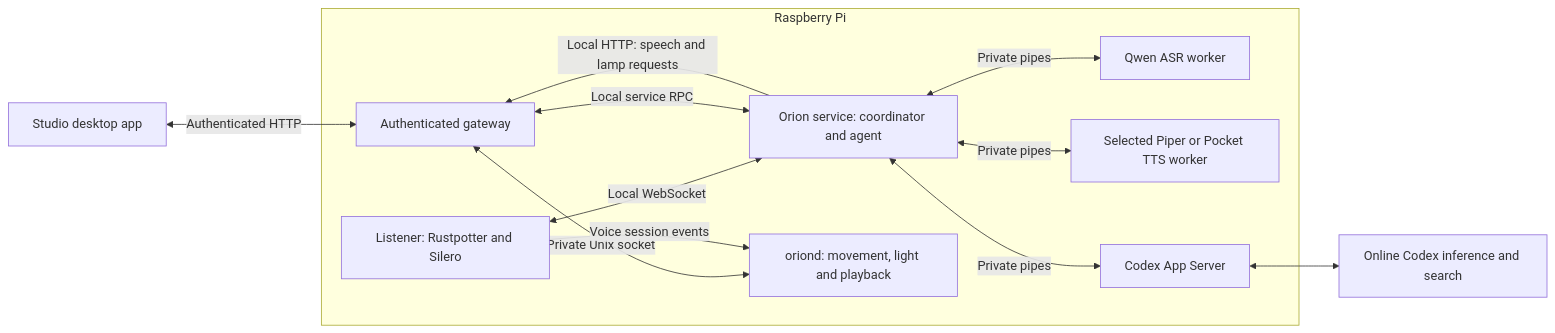
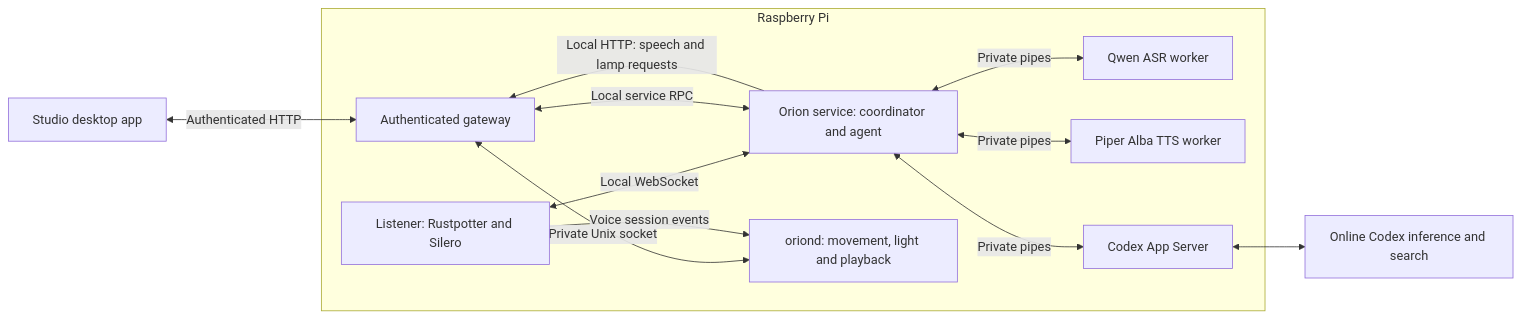
The diagram in docs/system-architecture.md (mofe64/orion), drawn with Mermaid before and after one commit. The commit also changed 41 other files, not shown here.

````diff
--- a/docs/system-architecture.md
+++ b/docs/system-architecture.md
@@ -10,24 +10,24 @@
 ```mermaid
 flowchart LR
     studio[Studio desktop app]
     cloud[Online Codex inference and search]
     subgraph pi[Raspberry Pi]
         listener[Listener: Rustpotter and Silero]
         host[Orion service: coordinator and agent]
         asr[Qwen ASR worker]
-        tts[Selected Piper or Pocket TTS worker]
+        tts[Piper Alba TTS worker]
         codex[Codex App Server]
         gateway[Authenticated gateway]
         runtime[oriond: movement, light and playback]
         listener <-->|Local WebSocket| host
         host <-->|Private pipes| asr
         host <-->|Private pipes| tts
         host <-->|Private pipes| codex
         host -->|Local HTTP: speech and lamp requests| gateway
         gateway <-->|Local service RPC| host
         gateway <-->|Private Unix socket| runtime
         listener -->|Voice session events| runtime
     end
     studio <-->|Authenticated HTTP| gateway
     codex <--> cloud
 ```
````
